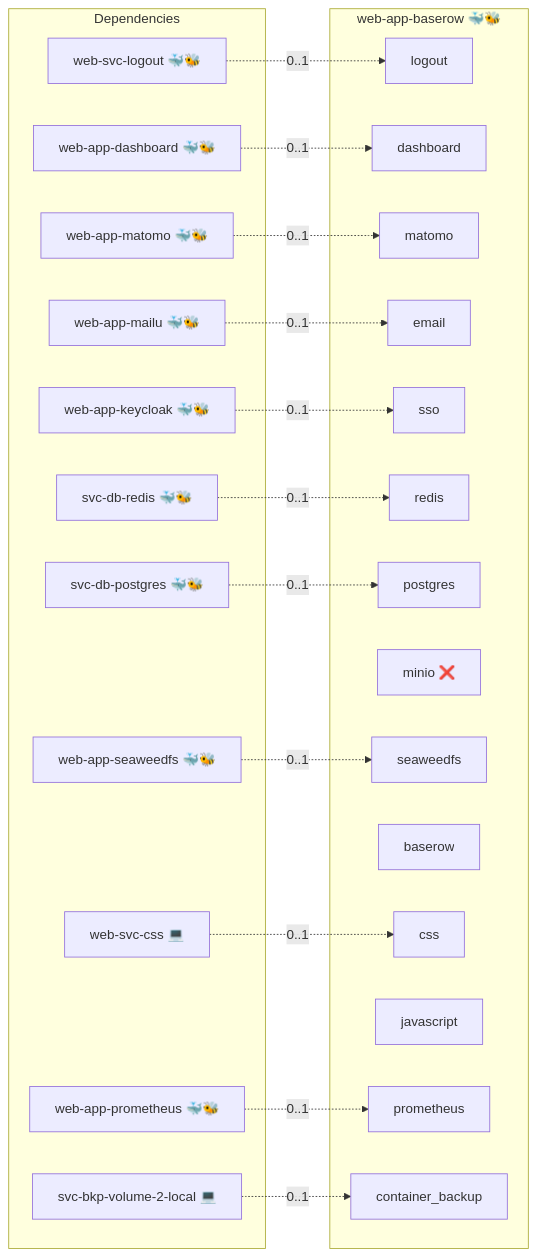
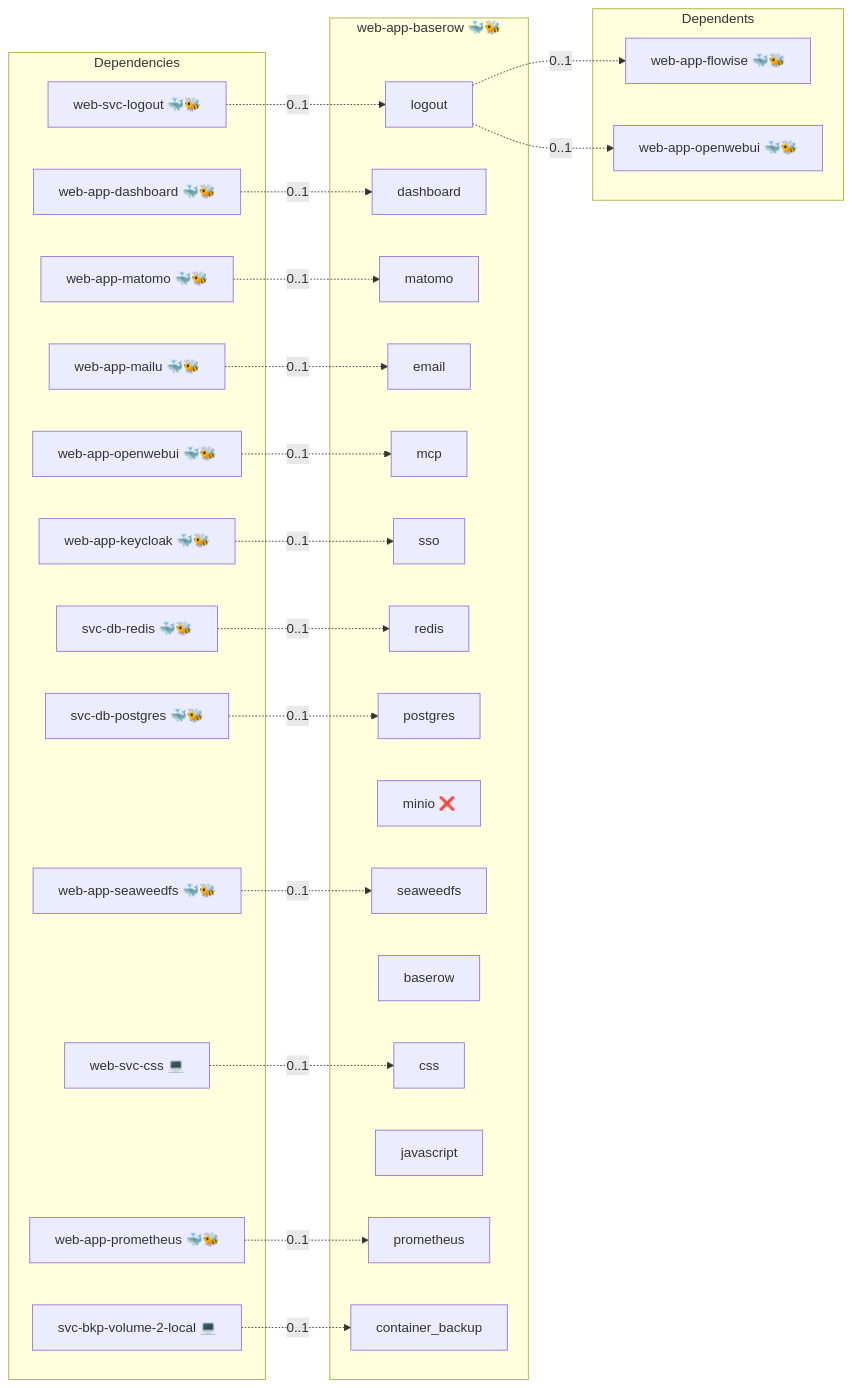
The diagram in roles/web-app-baserow/README.md (infinito-nexus/core), drawn with Mermaid before and after one commit. The commit also changed other lines of this file and 14 other files, not shown here.

````diff
--- a/roles/web-app-baserow/README.md
+++ b/roles/web-app-baserow/README.md
@@ -15,43 +15,52 @@
 ```mermaid
 flowchart LR
     subgraph deps [Dependencies]
         dep_svc_bkp_volume_2_local["svc-bkp-volume-2-local 💻"]
         dep_svc_db_postgres["svc-db-postgres 🐳🐝"]
         dep_svc_db_redis["svc-db-redis 🐳🐝"]
         dep_web_app_dashboard["web-app-dashboard 🐳🐝"]
         dep_web_app_keycloak["web-app-keycloak 🐳🐝"]
         dep_web_app_mailu["web-app-mailu 🐳🐝"]
         dep_web_app_matomo["web-app-matomo 🐳🐝"]
+        dep_web_app_openwebui["web-app-openwebui 🐳🐝"]
         dep_web_app_prometheus["web-app-prometheus 🐳🐝"]
         dep_web_app_seaweedfs["web-app-seaweedfs 🐳🐝"]
         dep_web_svc_css["web-svc-css 💻"]
         dep_web_svc_logout["web-svc-logout 🐳🐝"]
     end
     subgraph role [web-app-baserow 🐳🐝]
         svc_logout["logout"]
         svc_dashboard["dashboard"]
         svc_matomo["matomo"]
         svc_email["email"]
+        svc_mcp["mcp"]
         svc_sso["sso"]
         svc_redis["redis"]
         svc_postgres["postgres"]
         svc_minio["minio ❌"]
         svc_seaweedfs["seaweedfs"]
         svc_baserow["baserow"]
         svc_css["css"]
         svc_javascript["javascript"]
         svc_prometheus["prometheus"]
         svc_container_backup["container_backup"]
     end
+    subgraph dependents [Dependents]
+        dpt_web_app_flowise["web-app-flowise 🐳🐝"]
+        dpt_web_app_openwebui["web-app-openwebui 🐳🐝"]
+    end
     dep_svc_bkp_volume_2_local -. "0..1" .-> svc_container_backup
     dep_svc_db_postgres -. "0..1" .-> svc_postgres
     dep_svc_db_redis -. "0..1" .-> svc_redis
     dep_web_app_dashboard -. "0..1" .-> svc_dashboard
     dep_web_app_keycloak -. "0..1" .-> svc_sso
     dep_web_app_mailu -. "0..1" .-> svc_email
     dep_web_app_matomo -. "0..1" .-> svc_matomo
+    dep_web_app_openwebui -. "0..1" .-> svc_mcp
     dep_web_app_prometheus -. "0..1" .-> svc_prometheus
     dep_web_app_seaweedfs -. "0..1" .-> svc_seaweedfs
     dep_web_svc_css -. "0..1" .-> svc_css
     dep_web_svc_logout -. "0..1" .-> svc_logout
+    svc_logout -. "0..1" .-> dpt_web_app_flowise
+    svc_logout -. "0..1" .-> dpt_web_app_openwebui
 ```
````
